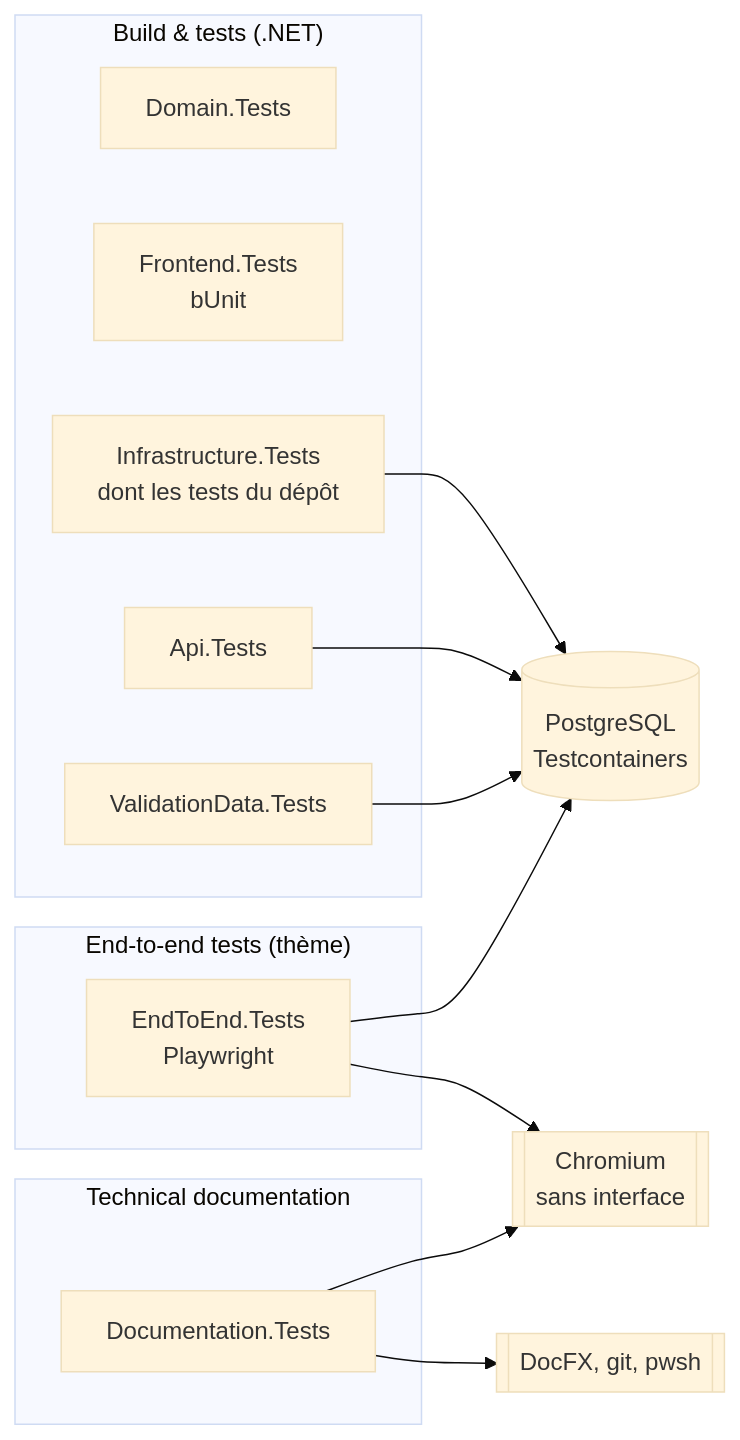
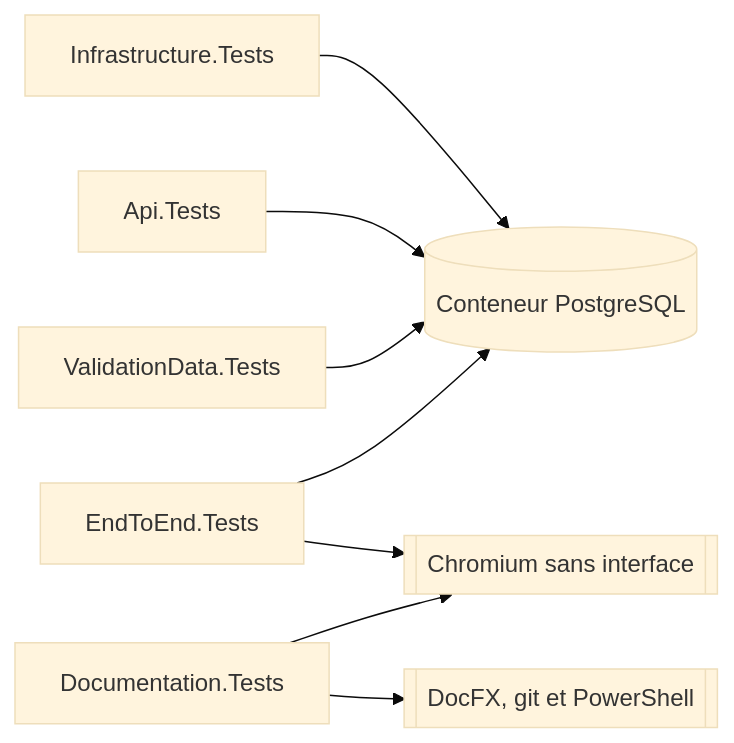
Before and after one commit to Tetram76/bdtheque-claude: the diagram in docs/tech/integration-et-tests/strategie-de-tests.md, drawn with Mermaid (base theme). The commit also changed other lines of this file and 41 other files, not shown here.

````diff
--- a/docs/tech/integration-et-tests/strategie-de-tests.md
+++ b/docs/tech/integration-et-tests/strategie-de-tests.md
@@ -25,26 +37,19 @@
 ```mermaid
 flowchart LR
-    subgraph build["Build & tests (.NET)"]
-        domain["Domain.Tests"]
-        frontend["Frontend.Tests<br/>bUnit"]
-        infra["Infrastructure.Tests<br/>dont les tests du dépôt"]
-        api["Api.Tests"]
-        validation["ValidationData.Tests"]
-    end
-    subgraph e2e["End-to-end tests (thème)"]
-        endtoend["EndToEnd.Tests<br/>Playwright"]
-    end
-    subgraph docjob["Technical documentation"]
-        documentation["Documentation.Tests"]
-    end
-    postgres[("PostgreSQL<br/>Testcontainers")]
-    chromium[["Chromium<br/>sans interface"]]
-    tools[["DocFX, git, pwsh"]]
+    infra["Infrastructure.Tests"]
+    api["Api.Tests"]
+    validation["ValidationData.Tests"]
+    endtoend["EndToEnd.Tests"]
+    documentation["Documentation.Tests"]
+    postgres[("Conteneur PostgreSQL")]
+    chromium[["Chromium sans interface"]]
+    tools[["DocFX, git et PowerShell"]]
+
     infra --> postgres
     api --> postgres
     validation --> postgres
     endtoend --> postgres
     endtoend --> chromium
     documentation --> chromium
     documentation --> tools
 ```
````
